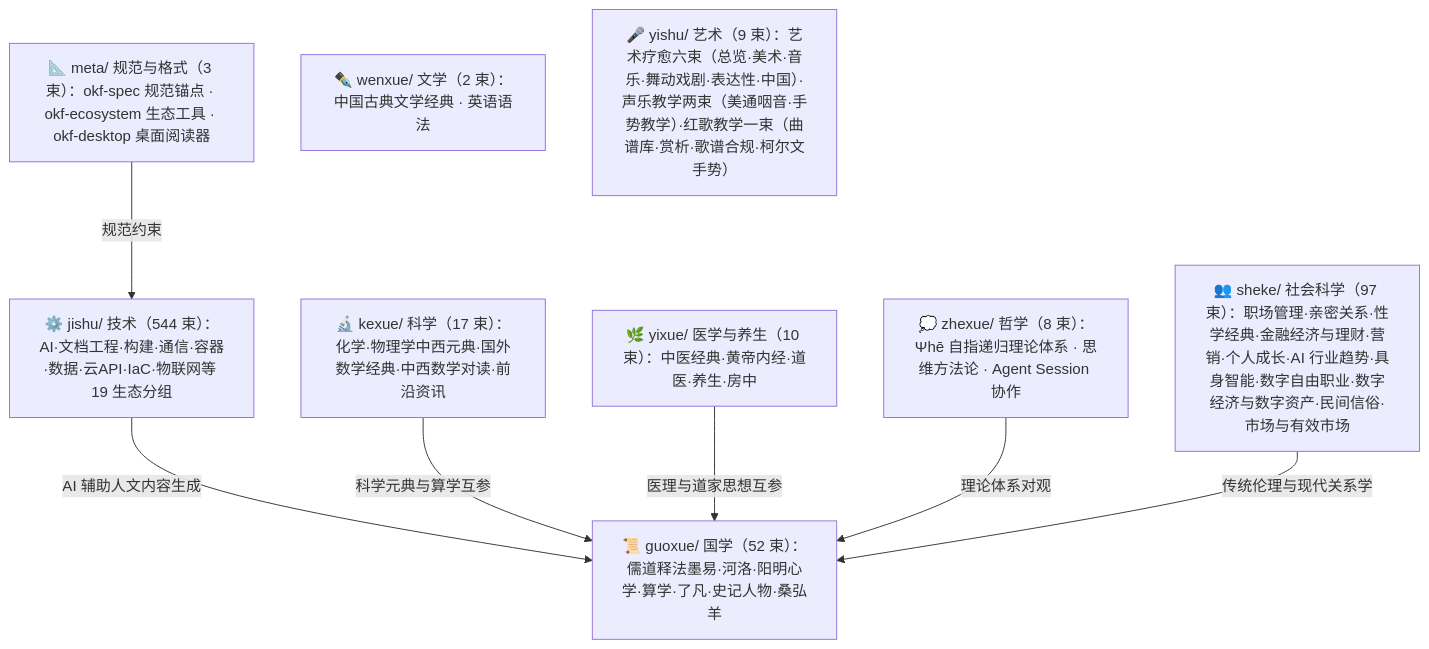
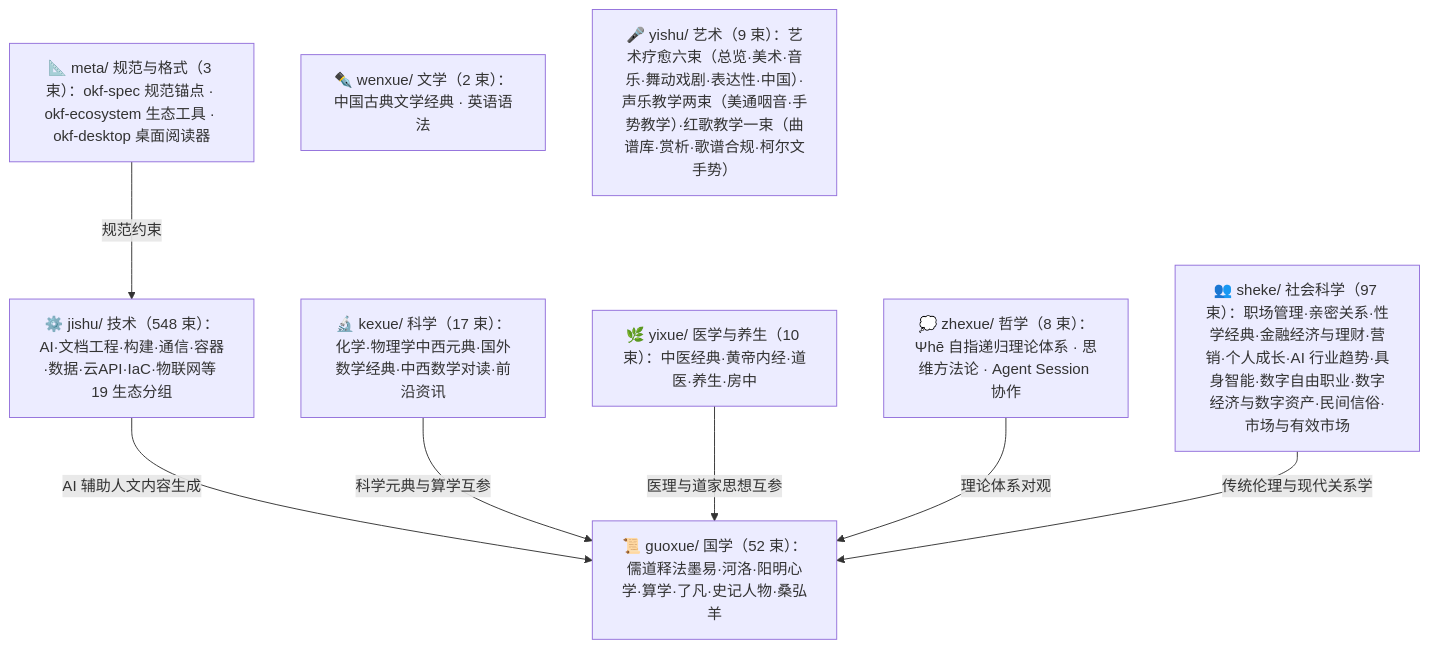
Before and after one commit to awesome-flexloop/awesome-okf: the diagram in doc/bundles/index.md, drawn with Mermaid. The commit also changed other lines of this file and 73 other files, not shown here.

````diff
--- a/doc/bundles/index.md
+++ b/doc/bundles/index.md
@@ -21,18 +21,18 @@
 ```mermaid
 flowchart TD
     meta["📐 meta/ 规范与格式（3 束）：okf-spec 规范锚点 · okf-ecosystem 生态工具 · okf-desktop 桌面阅读器"]
     guoxue["📜 guoxue/ 国学（52 束）：儒道释法墨易·河洛·阳明心学·算学·了凡·史记人物·桑弘羊"]
     zhexue["💭 zhexue/ 哲学（8 束）：Ψhē 自指递归理论体系 · 思维方法论 · Agent Session 协作"]
     kexue["🔬 kexue/ 科学（17 束）：化学·物理学中西元典·国外数学经典·中西数学对读·前沿资讯"]
     wenxue["✒️ wenxue/ 文学（2 束）：中国古典文学经典 · 英语语法"]
     yixue["🌿 yixue/ 医学与养生（10 束）：中医经典·黄帝内经·道医·养生·房中"]
     sheke["👥 sheke/ 社会科学（97 束）：职场管理·亲密关系·性学经典·金融经济与理财·营销·个人成长·AI 行业趋势·具身智能·数字自由职业·数字经济与数字资产·民间信俗·市场与有效市场"]
     yishu["🎤 yishu/ 艺术（9 束）：艺术疗愈六束（总览·美术·音乐·舞动戏剧·表达性·中国）·声乐教学两束（美通咽音·手势教学）·红歌教学一束（曲谱库·赏析·歌谱合规·柯尔文手势）"]
-    jishu["⚙️ jishu/ 技术（544 束）：AI·文档工程·构建·通信·容器·数据·云API·IaC·物联网等 19 生态分组"]
+    jishu["⚙️ jishu/ 技术（548 束）：AI·文档工程·构建·通信·容器·数据·云API·IaC·物联网等 19 生态分组"]
     meta -->|"规范约束"| jishu
     jishu -->|"AI 辅助人文内容生成"| guoxue
     kexue -->|"科学元典与算学互参"| guoxue
     yixue -->|"医理与道家思想互参"| guoxue
     zhexue -->|"理论体系对观"| guoxue
     sheke -->|"传统伦理与现代关系学"| guoxue
 ```
````
